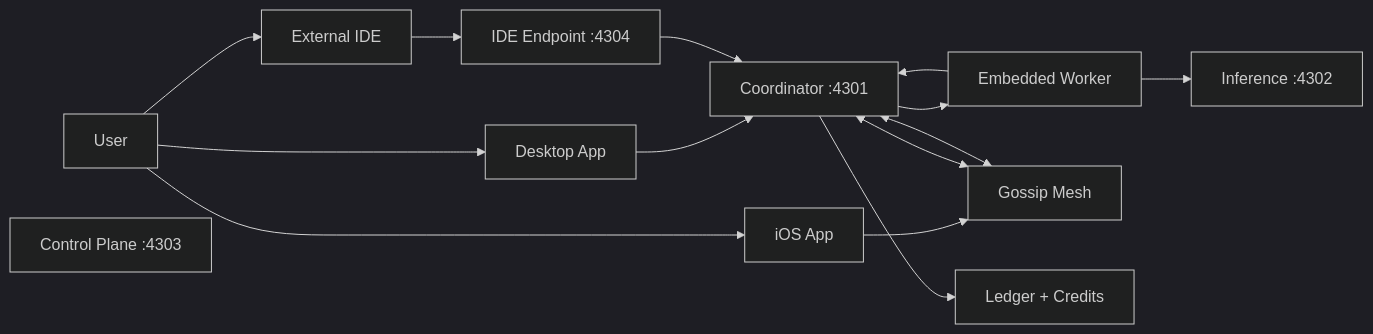
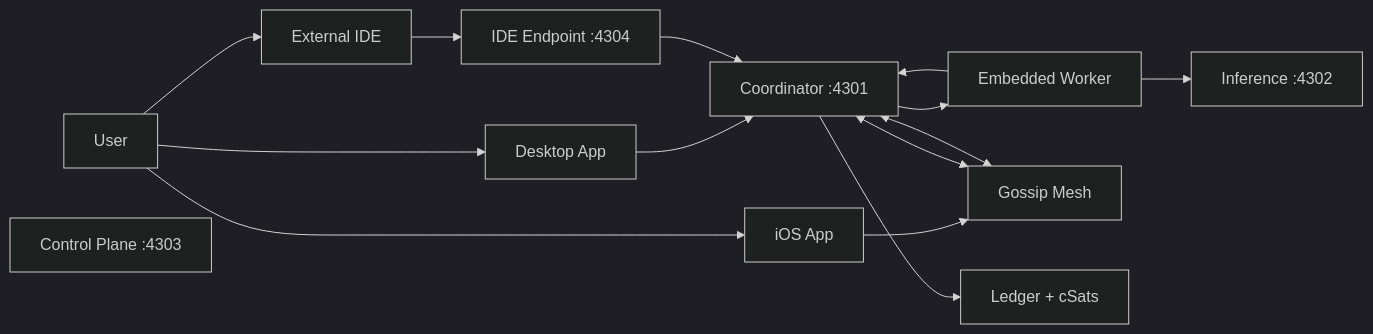
One commit to codyrs82/Edgecoder changed the diagram in site-docs/guide/how-edgecoder-works.md. Above: the diagram before and after it, drawn with Mermaid (dark theme). The commit also changed other lines of this file and 20 other files, not shown here.

````diff
--- a/site-docs/guide/how-edgecoder-works.md
+++ b/site-docs/guide/how-edgecoder-works.md
@@ -61,27 +64,27 @@
 ```mermaid
 flowchart LR
   user[User]
   desktop[Desktop App]
   ide[External IDE]
   ios[iOS App]
   coord[Coordinator :4301]
   worker[Embedded Worker]
   inference[Inference :4302]
   control[Control Plane :4303]
   ideport[IDE Endpoint :4304]
   mesh[Gossip Mesh]
-  ledger[Ledger + Credits]
+  ledger[Ledger + cSats]
 
   user --> desktop
   user --> ide
   user --> ios
   desktop --> coord
   ide --> ideport --> coord
   ios --> mesh
   coord --> worker
   worker --> inference
   coord <--> mesh
   mesh <--> coord
   coord --> ledger
   worker --> coord
 ```
````
